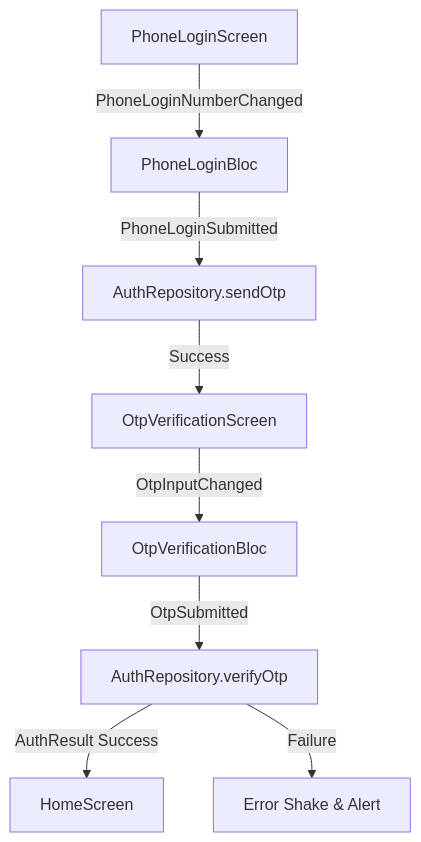
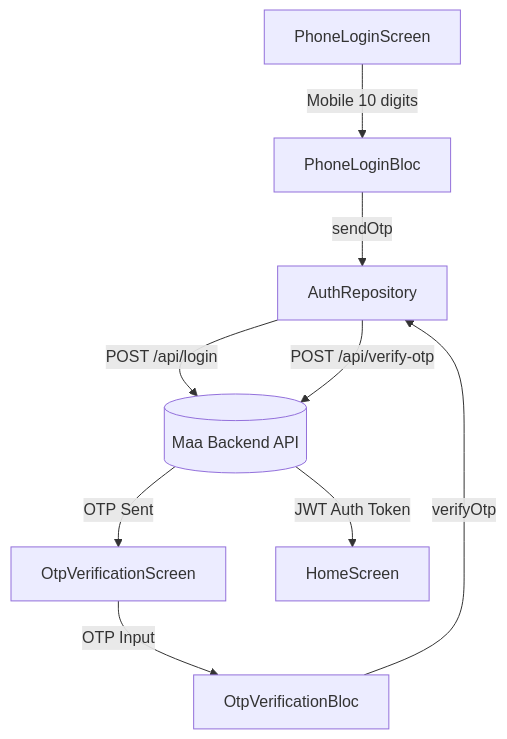
The diagram in lib/features/auth/README.md (theparthh/maa_stitch), drawn with Mermaid before and after one commit. The commit also changed other lines of this file and 42 other files, not shown here.

````diff
--- a/lib/features/auth/README.md
+++ b/lib/features/auth/README.md
@@ -48,10 +66,11 @@
 ```mermaid
 flowchart TD
-    A[PhoneLoginScreen] -->|PhoneLoginNumberChanged| B[PhoneLoginBloc]
-    B -->|PhoneLoginSubmitted| C[AuthRepository.sendOtp]
-    C -->|Success| D[OtpVerificationScreen]
-    D -->|OtpInputChanged| E[OtpVerificationBloc]
-    E -->|OtpSubmitted| F[AuthRepository.verifyOtp]
-    F -->|AuthResult Success| G[HomeScreen]
-    F -->|Failure| H[Error Shake & Alert]
+    A[PhoneLoginScreen] -->|Mobile 10 digits| B[PhoneLoginBloc]
+    B -->|sendOtp| C[AuthRepository]
+    C -->|POST /api/login| D[(Maa Backend API)]
+    D -->|OTP Sent| E[OtpVerificationScreen]
+    E -->|OTP Input| F[OtpVerificationBloc]
+    F -->|verifyOtp| C
+    C -->|POST /api/verify-otp| D
+    D -->|JWT Auth Token| G[HomeScreen]
 ```
````
